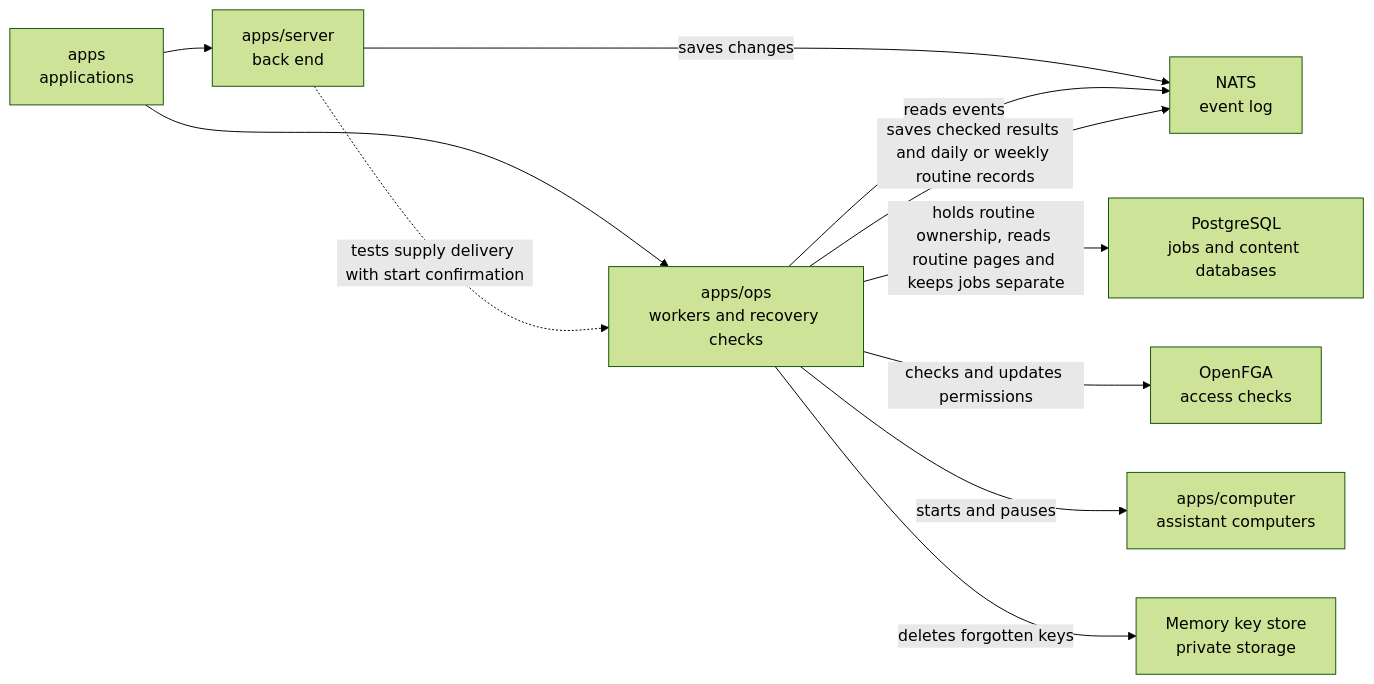
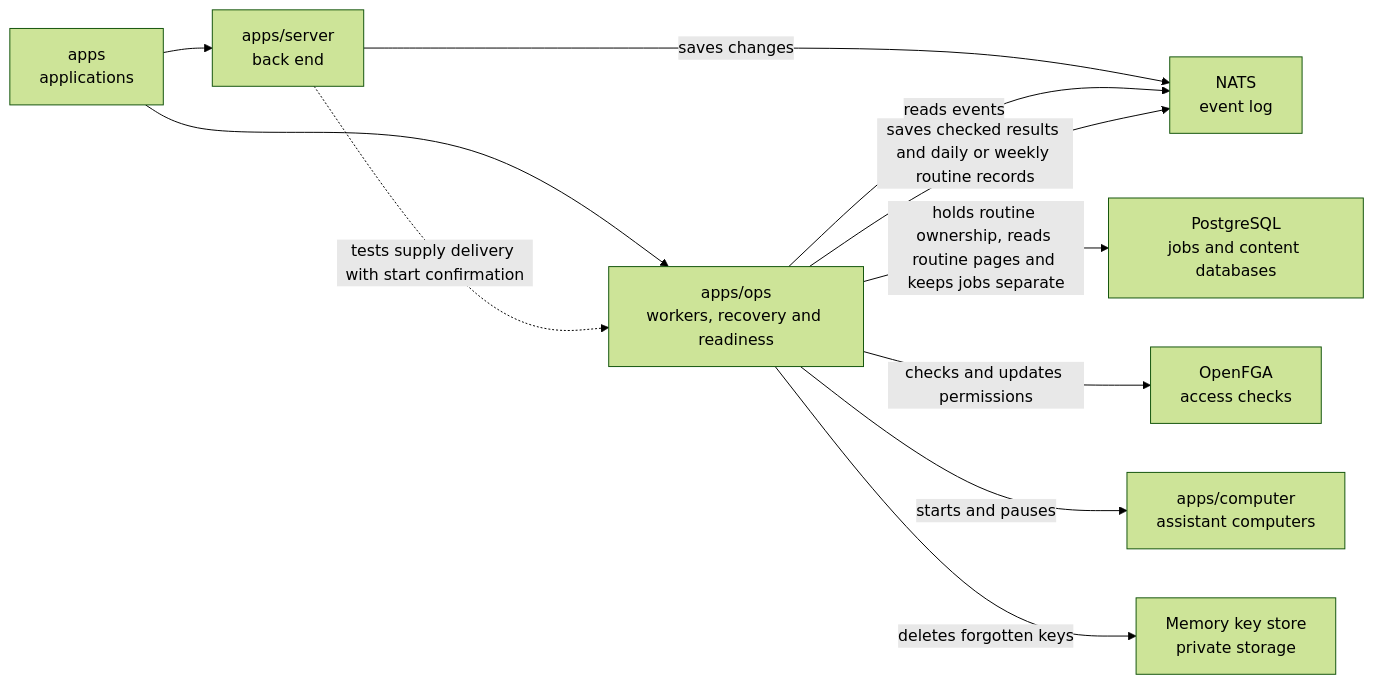
Before and after one commit to elewa-git/opencrane-new: the diagram in apps/ops/README.md, drawn with Mermaid (forest theme). The commit also changed other lines of this file and 13 other files, not shown here.

Commit message:
🔧 Stop saved workers and withdraw dispatcher readiness promptly

````diff
--- a/apps/ops/README.md
+++ b/apps/ops/README.md
@@ -17,13 +17,13 @@
 ```mermaid
 flowchart LR
-  apps["apps<br/>applications"] --> ops["apps/ops<br/>workers and recovery checks"]
+  apps["apps<br/>applications"] --> ops["apps/ops<br/>workers, recovery and readiness"]
   apps --> server["apps/server<br/>back end"]
   server -.->|tests supply delivery with start confirmation| ops
   server -->|saves changes| nats["NATS<br/>event log"]
   ops -->|reads events| nats
   ops -->|saves checked results and daily or weekly routine records| nats
   ops -->|holds routine ownership, reads routine pages and keeps jobs separate| pg["PostgreSQL<br/>jobs and content databases"]
   ops -->|checks and updates permissions| fga["OpenFGA<br/>access checks"]
   ops -->|starts and pauses| computer["apps/computer<br/>assistant computers"]
   ops -->|deletes forgotten keys| keys["Memory key store<br/>private storage"]
 ```
````
